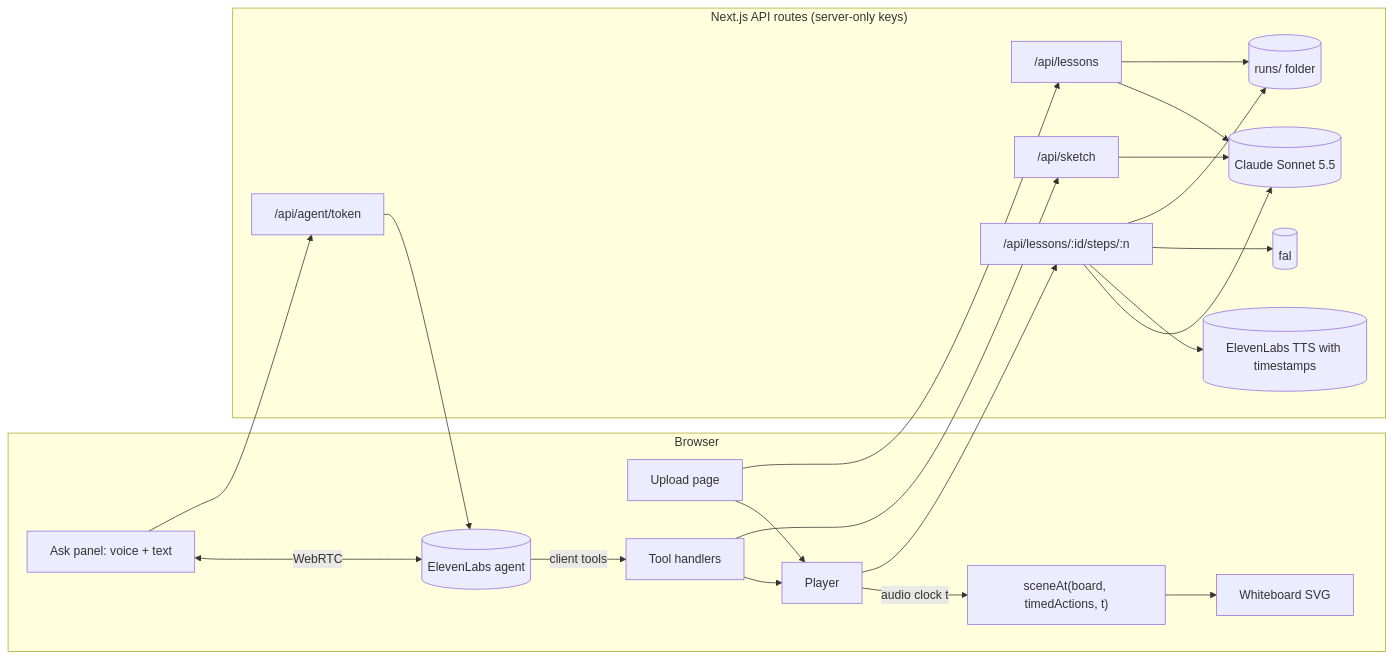
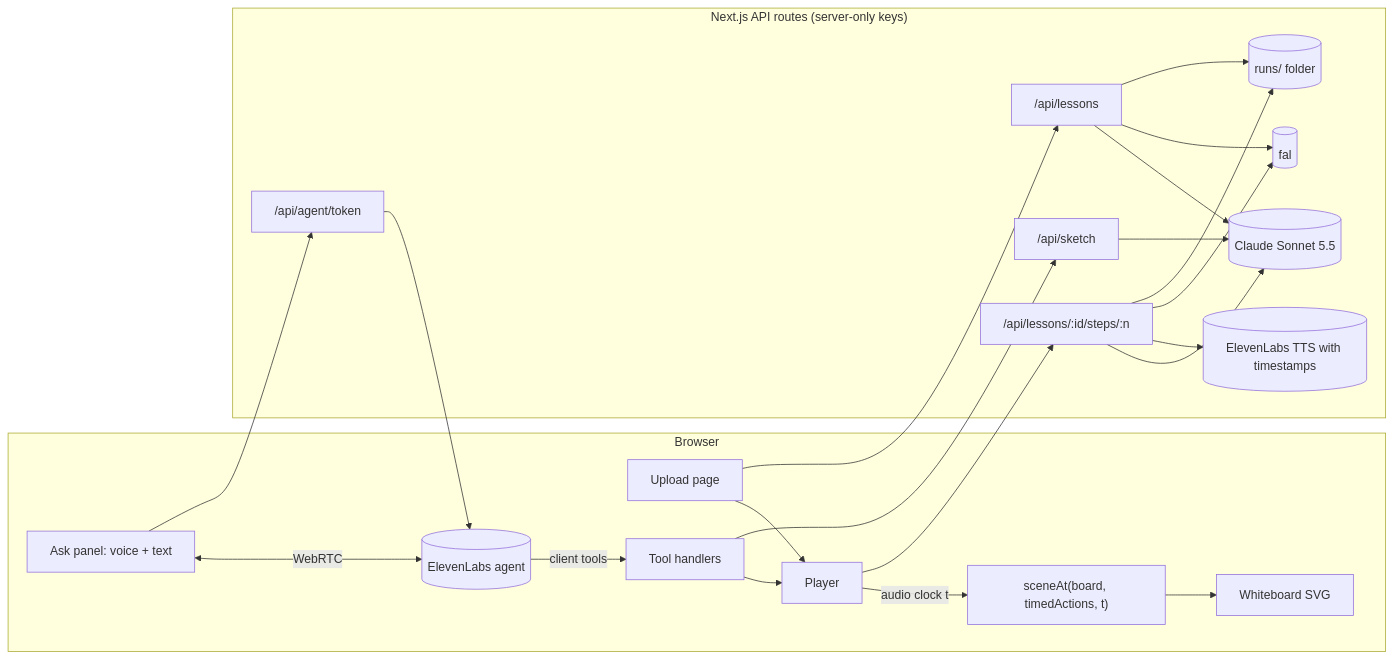
Before and after one commit to Jho0413/Unfolded: the first of 4 diagrams in docs/ARCHITECTURE.md, drawn with Mermaid. The commit also changed other lines of this file and 1 other file, not shown here.

Commit message:
docs(architecture): add an early fal cover and make fal optional

````diff
--- a/docs/ARCHITECTURE.md
+++ b/docs/ARCHITECTURE.md
@@ -27,25 +27,26 @@
 ```mermaid
 flowchart LR
   subgraph Browser
     U[Upload page] --> P[Player]
     P -->|audio clock t| S["sceneAt(board, timedActions, t)"]
     S --> W[Whiteboard SVG]
     Q["Ask panel: voice + text"] <-->|WebRTC| EA[(ElevenLabs agent)]
     EA -->|client tools| T[Tool handlers]
     T --> P
   end
   subgraph API["Next.js API routes (server-only keys)"]
     L["/api/lessons"] --> C[(Claude Sonnet 5.5)]
+    L --> F
     ST["/api/lessons/:id/steps/:n"] --> C
     ST --> E[(ElevenLabs TTS with timestamps)]
     ST --> F[(fal)]
     SK["/api/sketch"] --> C
     TK["/api/agent/token"] --> EA
     ST --> R[("runs/ folder")]
     L --> R
   end
   U --> L
   P --> ST
   T --> SK
   Q --> TK
 ```
````
